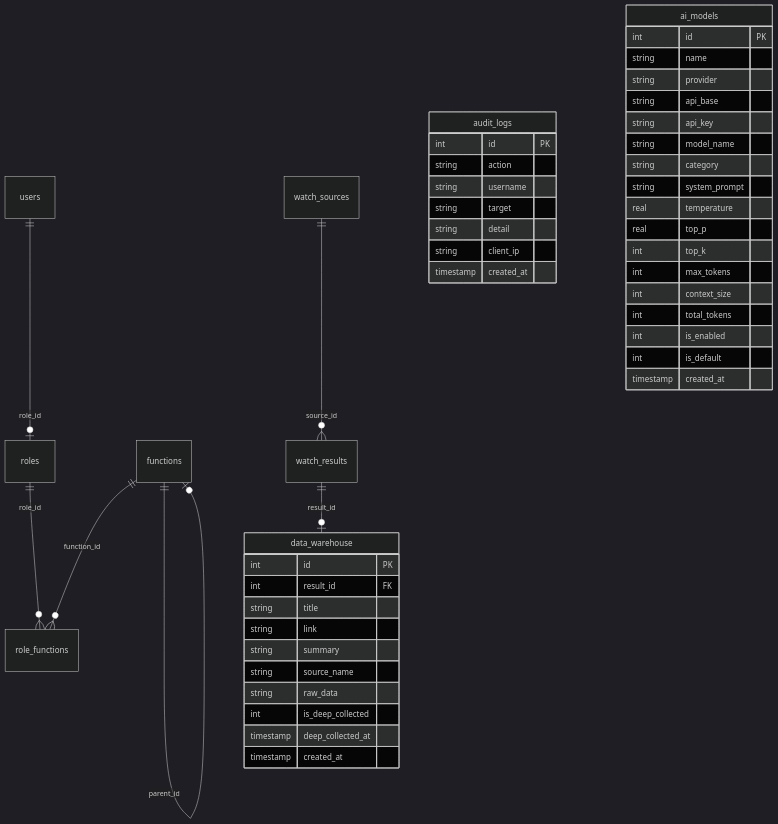
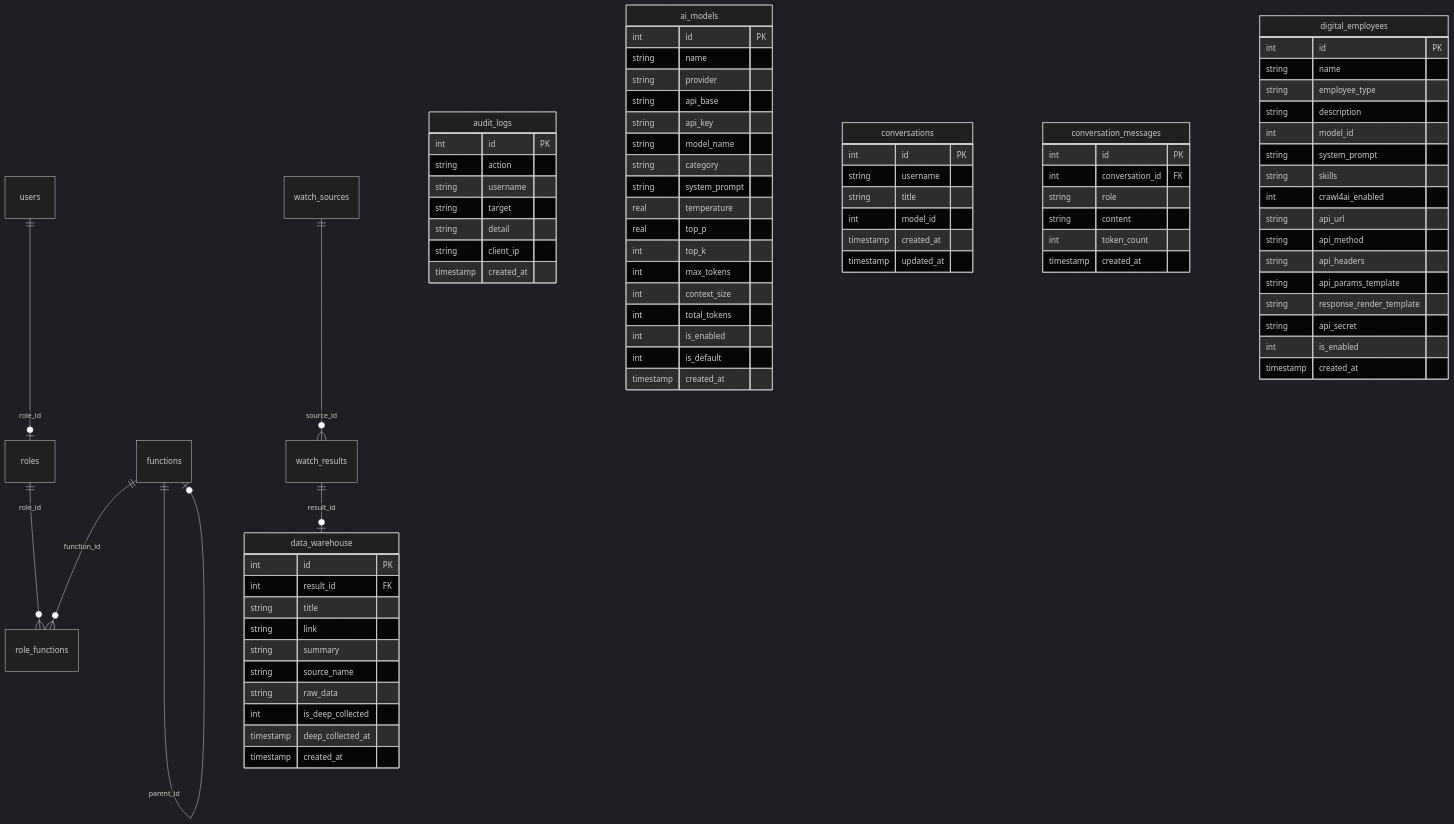
One commit to GoldenFish123321/finderos changed the diagram in README.md. Above: the diagram before and after it, drawn with Mermaid (dark theme). The commit also changed other lines of this file, not shown here.

````diff
--- a/README.md
+++ b/README.md
@@ -891,4 +1026,38 @@
         timestamp deep_collected_at
         timestamp created_at
     }
+    conversations {
+        int id PK
+        string username
+        string title
+        int model_id
+        timestamp created_at
+        timestamp updated_at
+    }
+    conversation_messages {
+        int id PK
+        int conversation_id FK
+        string role
+        string content
+        int token_count
+        timestamp created_at
+    }
+    digital_employees {
+        int id PK
+        string name
+        string employee_type
+        string description
+        int model_id
+        string system_prompt
+        string skills
+        int crawl4ai_enabled
+        string api_url
+        string api_method
+        string api_headers
+        string api_params_template
+        string response_render_template
+        string api_secret
+        int is_enabled
+        timestamp created_at
+    }
 ```
````
